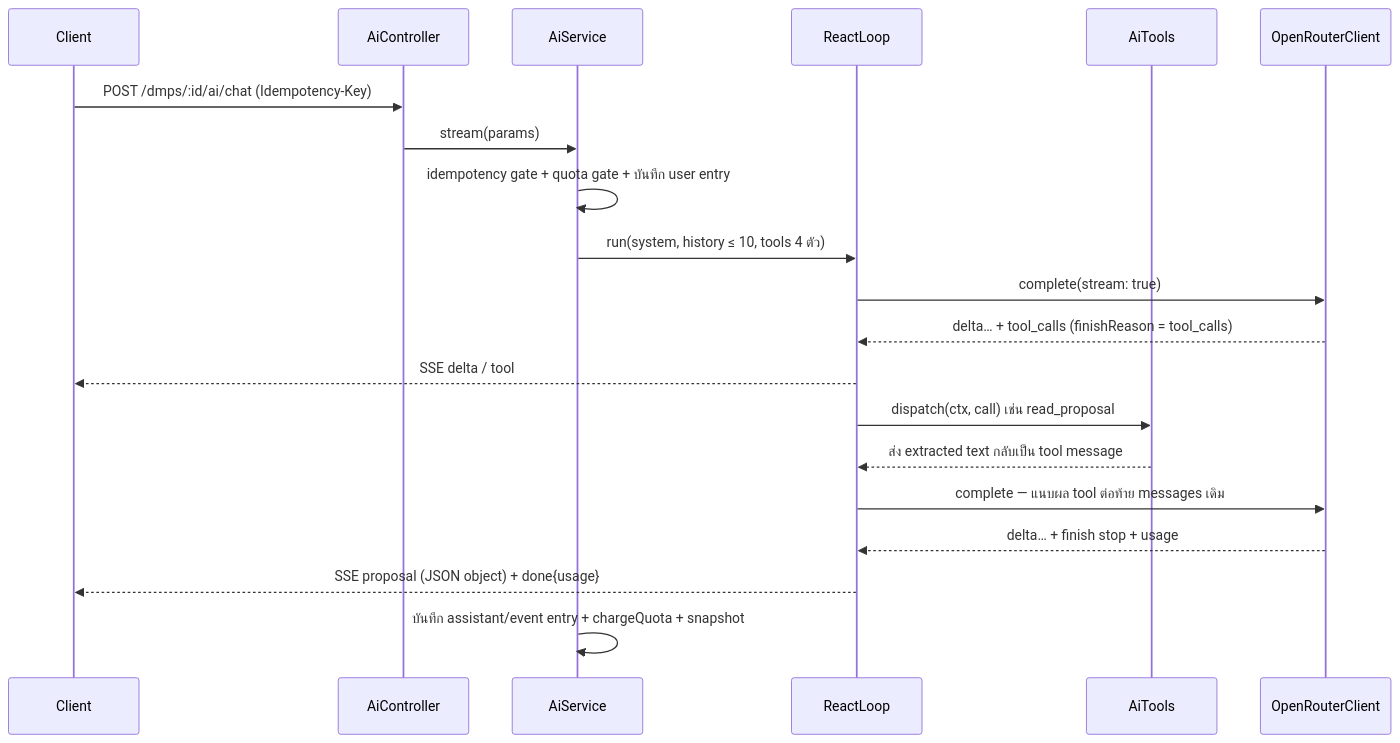
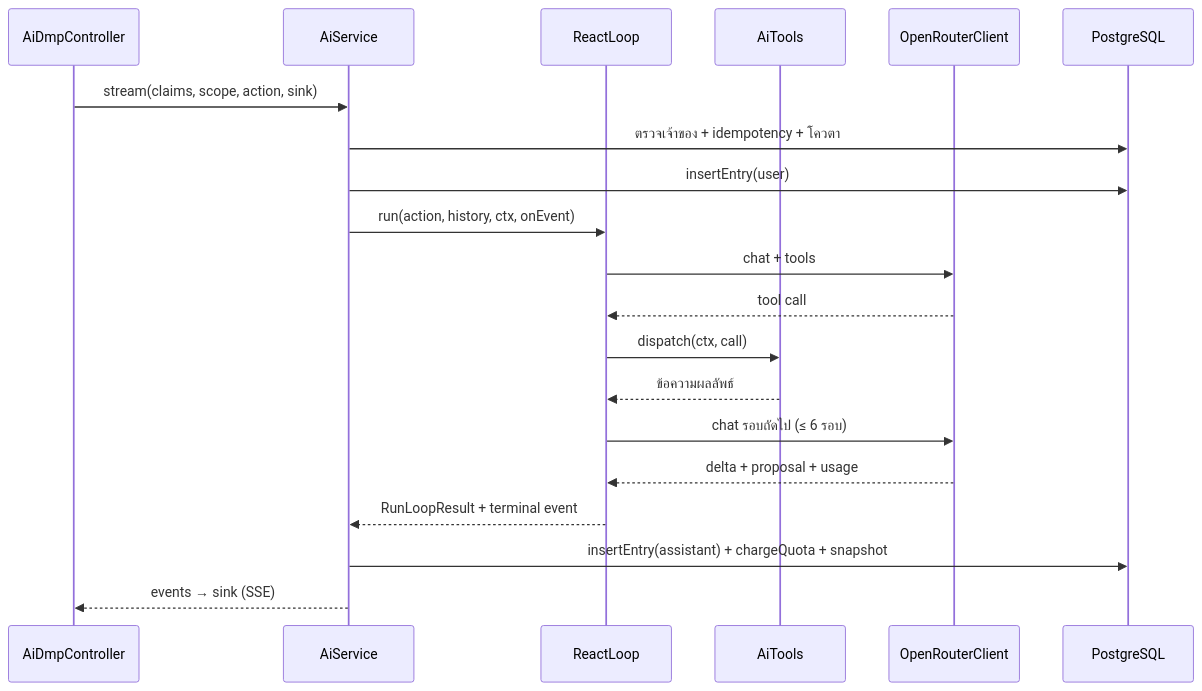
Before and after one commit to Open-Science-and-Data-management/Backend: the diagram in src/features/ai/README.md, drawn with Mermaid. The commit also changed other lines of this file and 22 other files, not shown here.

Commit message:
chore(wip): FF2569 form-aware ingestion — plan, spec, research, template schema, OOXML extractor, fixture, jszip dep (pre-implementation baseline)

````diff
--- a/src/features/ai/README.md
+++ b/src/features/ai/README.md
@@ -228,22 +117,22 @@
 ```mermaid
 sequenceDiagram
-    participant FE as Client
-    participant C as AiController
+    participant C as AiDmpController
     participant S as AiService
     participant L as ReactLoop
     participant T as AiTools
-    participant P as OpenRouterClient
-    FE->>C: POST /dmps/:id/ai/chat (Idempotency-Key)
-    C->>S: stream(params)
-    S->>S: idempotency gate + quota gate + บันทึก user entry
-    S->>L: run(system, history ≤ 10, tools 4 ตัว)
-    L->>P: complete(stream: true)
-    P-->>L: delta… + tool_calls (finishReason = tool_calls)
-    L-->>FE: SSE delta / tool
-    L->>T: dispatch(ctx, call) เช่น read_proposal
-    T-->>L: ส่ง extracted text กลับเป็น tool message
-    L->>P: complete — แนบผล tool ต่อท้าย messages เดิม
-    P-->>L: delta… + finish stop + usage
-    L-->>FE: SSE proposal (JSON object) + done{usage}
-    S->>S: บันทึก assistant/event entry + chargeQuota + snapshot
+    participant O as OpenRouterClient
+    participant DB as PostgreSQL
+    C->>S: stream(claims, scope, action, sink)
+    S->>DB: ตรวจเจ้าของ + idempotency + โควตา
+    S->>DB: insertEntry(user)
+    S->>L: run(action, history, ctx, onEvent)
+    L->>O: chat + tools
+    O-->>L: tool call
+    L->>T: dispatch(ctx, call)
+    T-->>L: ข้อความผลลัพธ์
+    L->>O: chat รอบถัดไป (≤ 6 รอบ)
+    O-->>L: delta + proposal + usage
+    L-->>S: RunLoopResult + terminal event
+    S->>DB: insertEntry(assistant) + chargeQuota + snapshot
+    S-->>C: events → sink (SSE)
 ```
````
